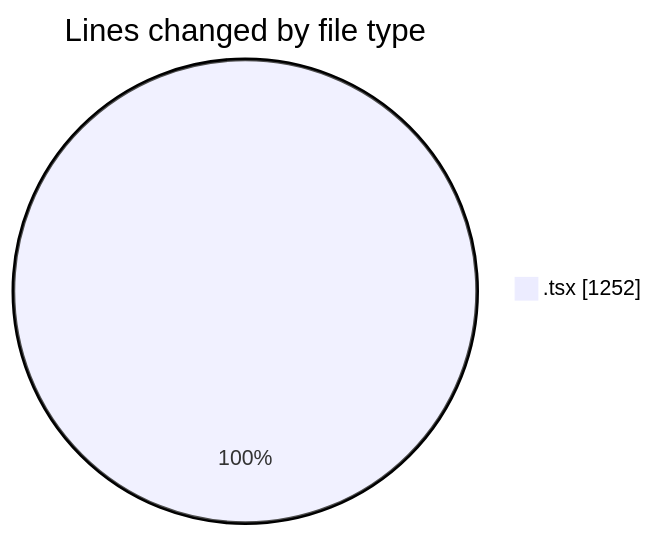
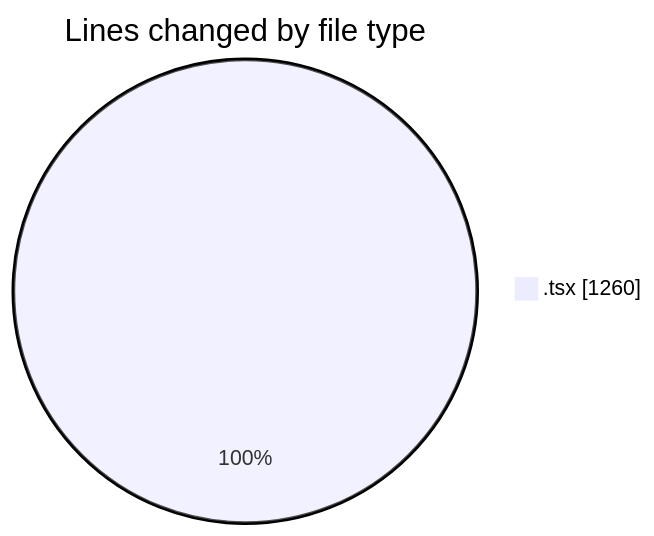
One commit to nxtqubesakshisongat/code-tracking changed the first of 2 diagrams in 2026-07-13/nxtqube_webapp/README.md. Above: the diagram before and after it, drawn with Mermaid. The commit also changed other lines of this file and 1 other file, not shown here.

````diff
--- a/2026-07-13/nxtqube_webapp/README.md
+++ b/2026-07-13/nxtqube_webapp/README.md
@@ -27,5 +27,5 @@
 ```mermaid
 pie showData
 title Lines changed by file type
-".tsx" : 1252
+".tsx" : 1260
 ```
````
